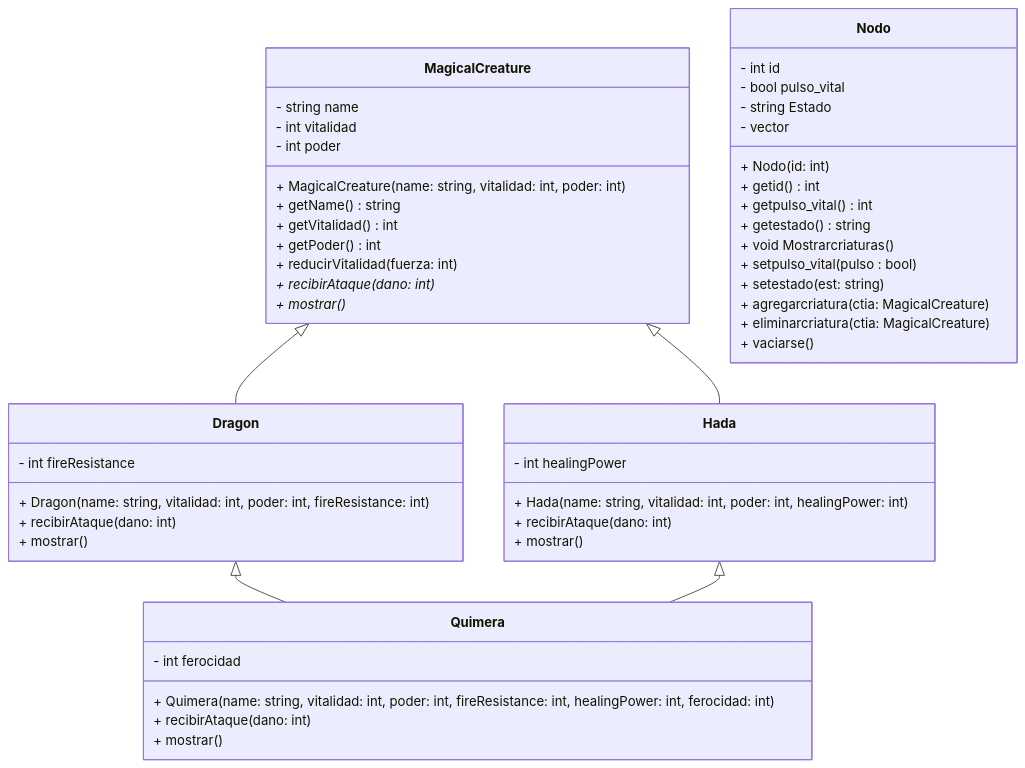
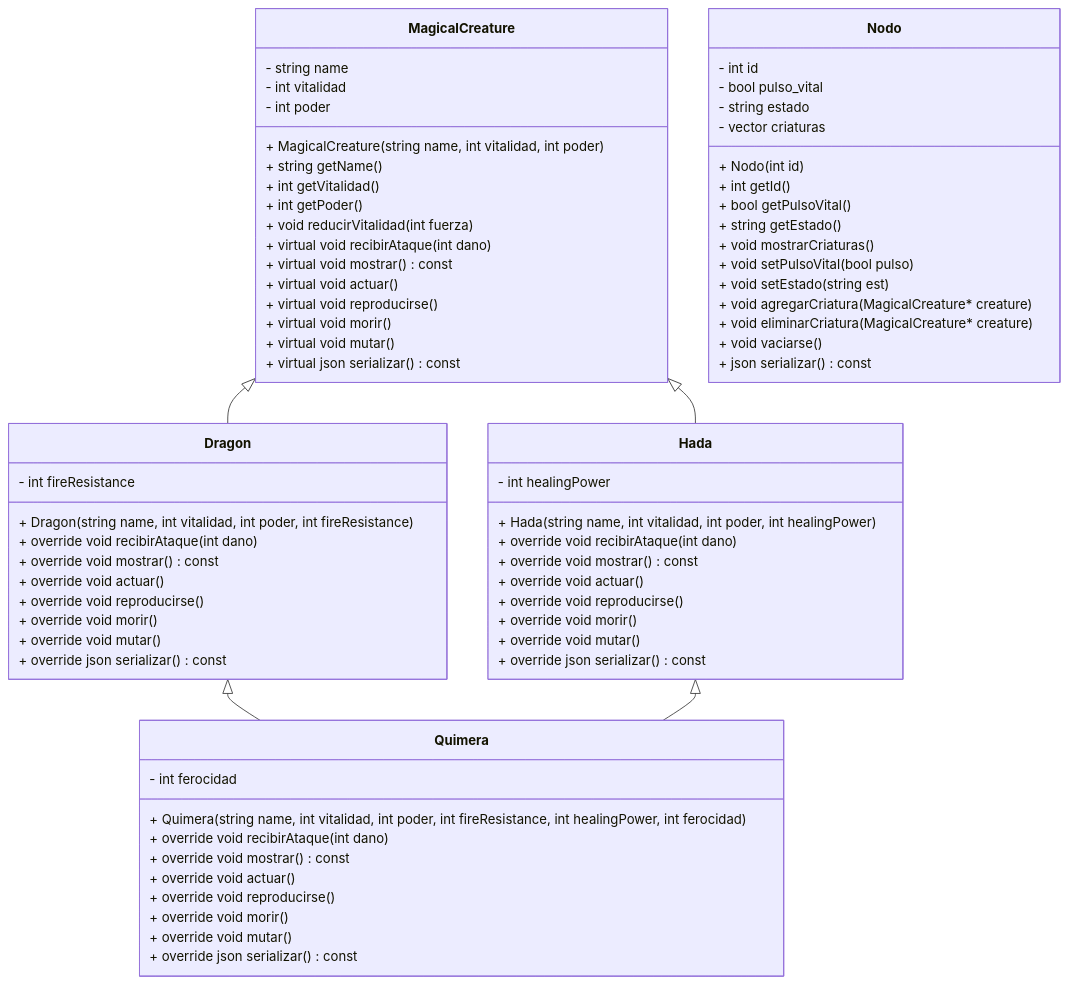
The diagram in uml.md (iarangou/MundoSangara), drawn with Mermaid before and after one commit.

Commit message:
Update uml.md
agregando json y quimera

````diff
--- a/uml.md
+++ b/uml.md
@@ -1,58 +1,80 @@
 ```mermaid
- classDiagram
-    class MagicalCreature {
-        - string name
-        - int vitalidad
-        - int poder
-        + MagicalCreature(name: string, vitalidad: int, poder: int)
-        + getName() string
-        + getVitalidad() int
-        + getPoder() int
-        + reducirVitalidad(fuerza: int)
-        + recibirAtaque(dano: int)*
-        + mostrar()*
-    }
+classDiagram
 
-    class Dragon {
-        - int fireResistance
-        + Dragon(name: string, vitalidad: int, poder: int, fireResistance: int)
-        + recibirAtaque(dano: int)
-        + mostrar() 
-    }
+class MagicalCreature {
+    - string name
+    - int vitalidad
+    - int poder
+    + MagicalCreature(string name, int vitalidad, int poder)
+    + string getName()
+    + int getVitalidad()
+    + int getPoder()
+    + void reducirVitalidad(int fuerza)
+    + virtual void recibirAtaque(int dano)
+    + virtual void mostrar() const
+    + virtual void actuar()
+    + virtual void reproducirse()
+    + virtual void morir()
+    + virtual void mutar()
+    + virtual json serializar() const
+}
 
-    class Hada {
-        - int healingPower
-        + Hada(name: string, vitalidad: int, poder: int, healingPower: int)
-        + recibirAtaque(dano: int)
-        + mostrar()
-    }
+class Dragon {
+    - int fireResistance
+    + Dragon(string name, int vitalidad, int poder, int fireResistance)
+    + override void recibirAtaque(int dano)
+    + override void mostrar() const
+    + override void actuar()
+    + override void reproducirse()
+    + override void morir()
+    + override void mutar()
+    + override json serializar() const
+}
 
-    class Nodo {
-        - int id
-        - bool pulso_vital
-        - string Estado
-        - vector<MagicalCreature>
-        + Nodo(id: int)
-        + getid() int
-        + getpulso_vital() int
-        + getestado() string
-        + void Mostrarcriaturas()
-        + setpulso_vital(pulso : bool)
-        + setestado(est: string)
-        + agregarcriatura(ctia: MagicalCreature)
-        + eliminarcriatura(ctia: MagicalCreature)
-        + vaciarse()
-    }
+class Hada {
+    - int healingPower
+    + Hada(string name, int vitalidad, int poder, int healingPower)
+    + override void recibirAtaque(int dano)
+    + override void mostrar() const
+    + override void actuar()
+    + override void reproducirse()
+    + override void morir()
+    + override void mutar()
+    + override json serializar() const
+}
 
-    class Quimera {
-        - int ferocidad
-        + Quimera(name: string, vitalidad: int, poder: int, fireResistance: int, healingPower: int, ferocidad: int)
-        + recibirAtaque(dano: int)
-        + mostrar()
-    }
+class Quimera {
+    - int ferocidad
+    + Quimera(string name, int vitalidad, int poder, int fireResistance, int healingPower, int ferocidad)
+    + override void recibirAtaque(int dano)
+    + override void mostrar() const
+    + override void actuar()
+    + override void reproducirse()
+    + override void morir()
+    + override void mutar()
+    + override json serializar() const
+}
 
-    MagicalCreature <|-- Dragon
-    MagicalCreature <|-- Hada
-    Dragon <|-- Quimera
-    Hada <|-- Quimera
+class Nodo {
+    - int id
+    - bool pulso_vital
+    - string estado
+    - vector<MagicalCreature*> criaturas
+    + Nodo(int id)
+    + int getId()
+    + bool getPulsoVital()
+    + string getEstado()
+    + void mostrarCriaturas()
+    + void setPulsoVital(bool pulso)
+    + void setEstado(string est)
+    + void agregarCriatura(MagicalCreature* creature)
+    + void eliminarCriatura(MagicalCreature* creature)
+    + void vaciarse()
+    + json serializar() const
+}
+
+MagicalCreature <|-- Dragon
+MagicalCreature <|-- Hada
+Dragon <|-- Quimera
+Hada <|-- Quimera
 ```
````
